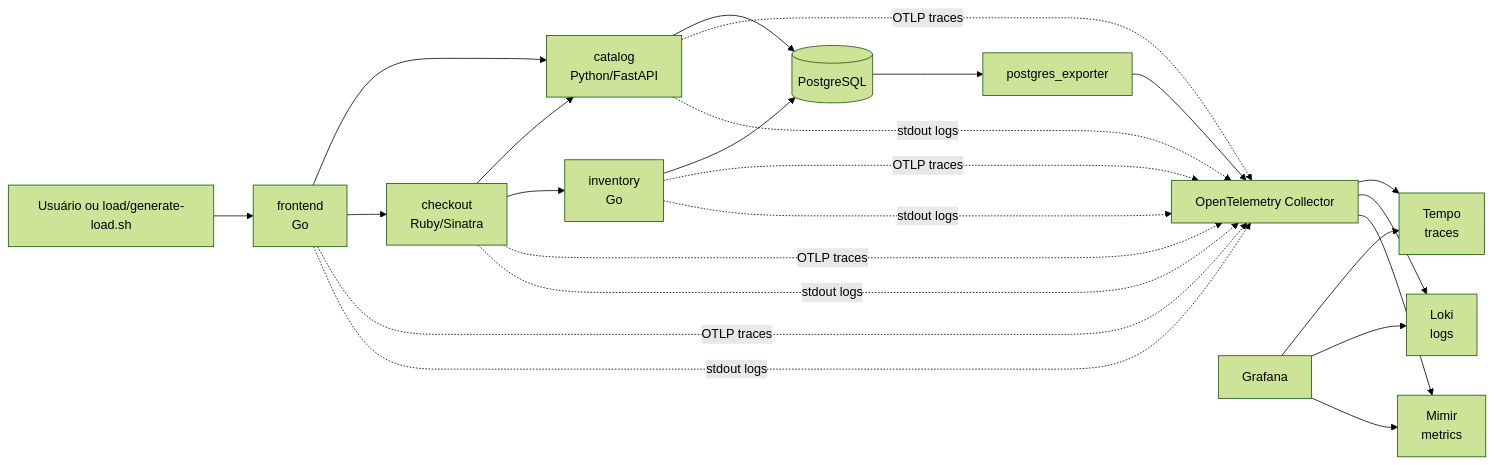
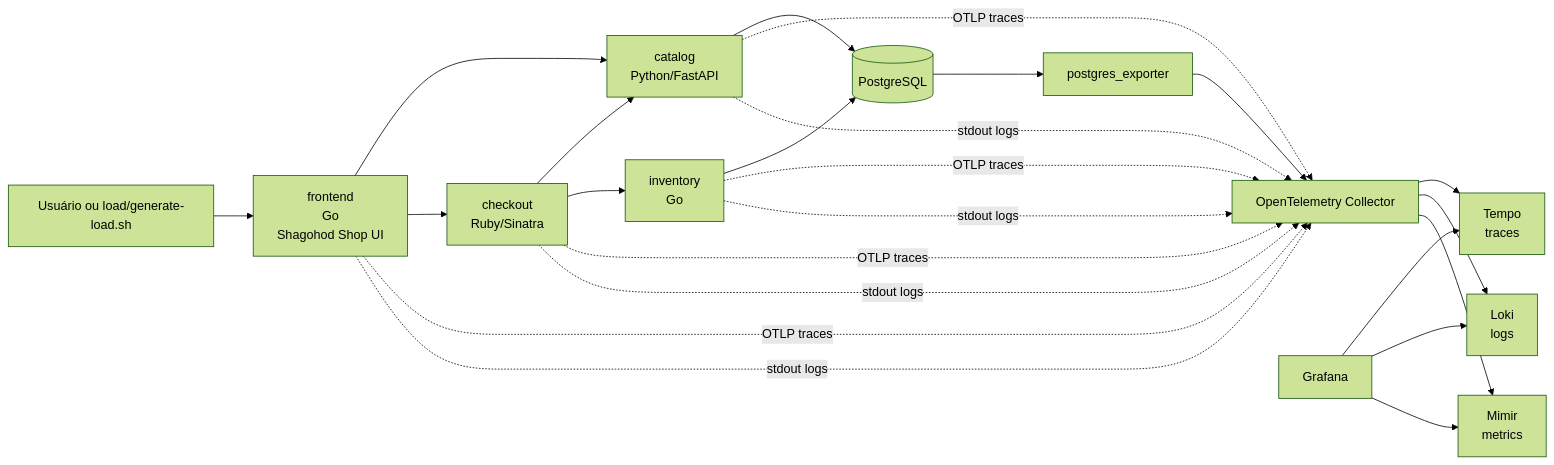
Before and after one commit to luc4s023/otel-lgtm-ecommerce-lab: the diagram in docs/architecture.md, drawn with Mermaid (forest theme). The commit also changed other lines of this file and 12 other files, not shown here.

Commit message:
feat: shagohod shop

````diff
--- a/docs/architecture.md
+++ b/docs/architecture.md
@@ -5,28 +5,28 @@
 ```mermaid
 flowchart LR
-  U[Usuário ou load/generate-load.sh] --> FE[frontend<br/>Go]
+  U[Usuário ou load/generate-load.sh] --> FE[frontend<br/>Go<br/>Shagohod Shop UI]
   FE --> CAT[catalog<br/>Python/FastAPI]
   FE --> CHK[checkout<br/>Ruby/Sinatra]
   CHK --> CAT
   CHK --> INV[inventory<br/>Go]
   CAT --> PG[(PostgreSQL)]
   INV --> PG
   PGE[postgres_exporter] --> OTel
   PG --> PGE
 
   FE -. OTLP traces .-> OTel[OpenTelemetry Collector]
   CAT -. OTLP traces .-> OTel
   CHK -. OTLP traces .-> OTel
   INV -. OTLP traces .-> OTel
   FE -. stdout logs .-> OTel
   CAT -. stdout logs .-> OTel
   CHK -. stdout logs .-> OTel
   INV -. stdout logs .-> OTel
 
   OTel --> Tempo[Tempo<br/>traces]
   OTel --> Loki[Loki<br/>logs]
   OTel --> Mimir[Mimir<br/>metrics]
   Grafana[Grafana] --> Tempo
   Grafana --> Loki
   Grafana --> Mimir
 ```
````
